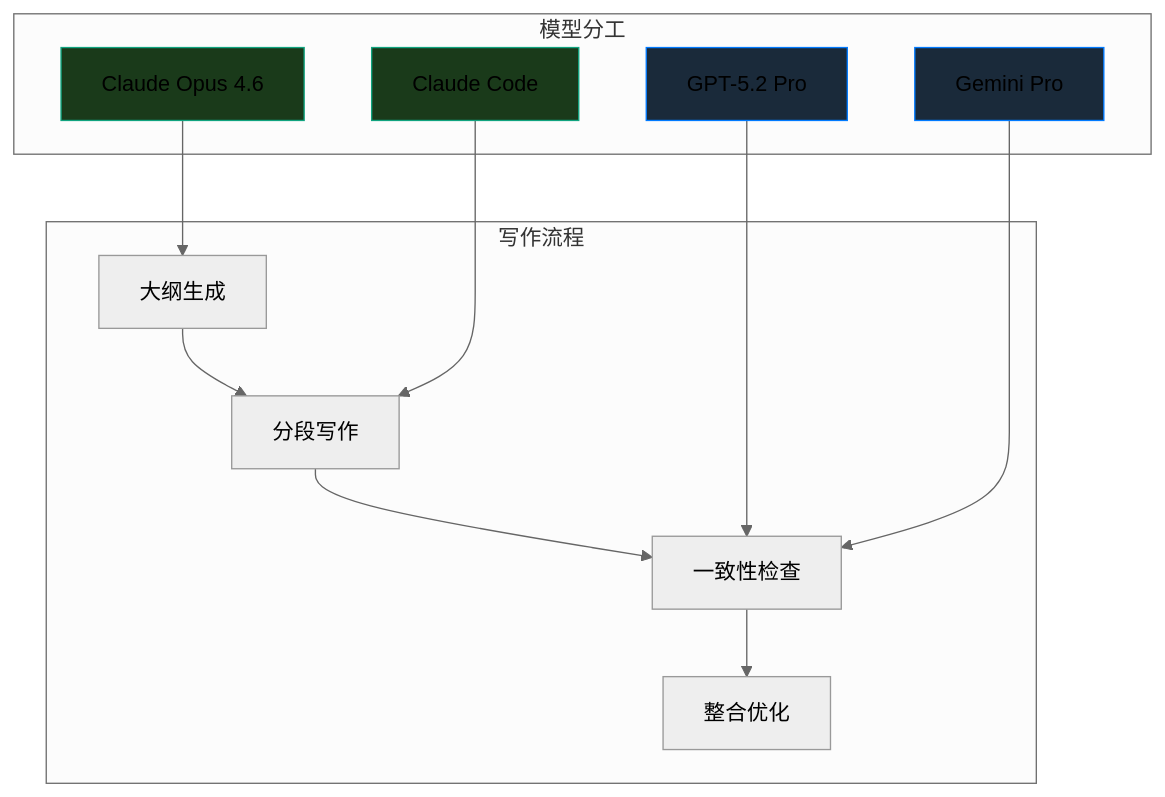
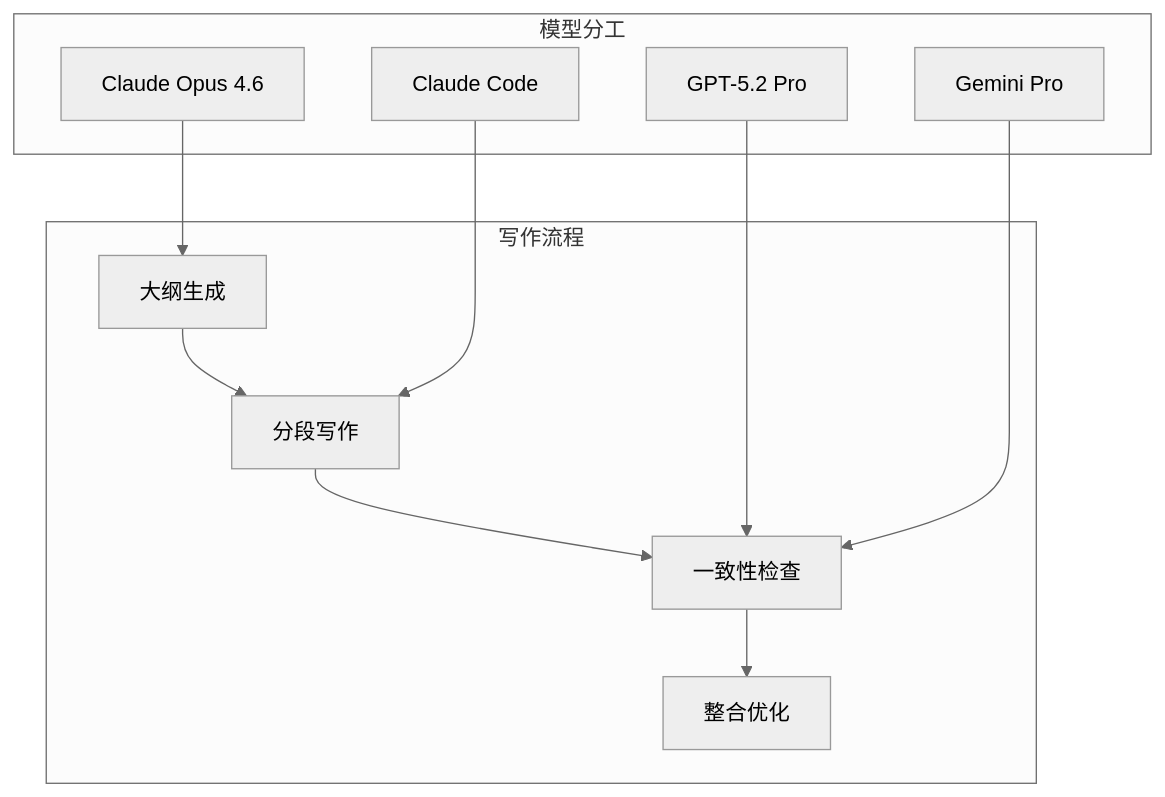
Before and after one commit to yiweinanzi/ai-research-ebook: the first of 3 diagrams in src/content/docs/writing/collaboration.mdx, drawn with Mermaid (neutral theme). The commit also changed other lines of this file and 8 other files, not shown here.

First line of the commit message:
feat: enhance homepage and diagram scripts

````diff
--- a/src/content/docs/writing/collaboration.mdx
+++ b/src/content/docs/writing/collaboration.mdx
@@ -12,20 +12,16 @@
 ```mermaid
 flowchart TD
     subgraph 写作流程
         A[大纲生成] --> B[分段写作]
         B --> C[一致性检查]
         C --> D[整合优化]
     end
 
     subgraph 模型分工
         E[Claude Opus 4.6] --> A
         F[Claude Code] --> B
         G[GPT-5.2 Pro] --> C
         H[Gemini Pro] --> C
     end
 
-    style E fill:#1a3a1a,stroke:#10a37f
-    style F fill:#1a3a1a,stroke:#10a37f
-    style G fill:#1a2a3a,stroke:#007aff
-    style H fill:#1a2a3a,stroke:#007aff
 ```
````
